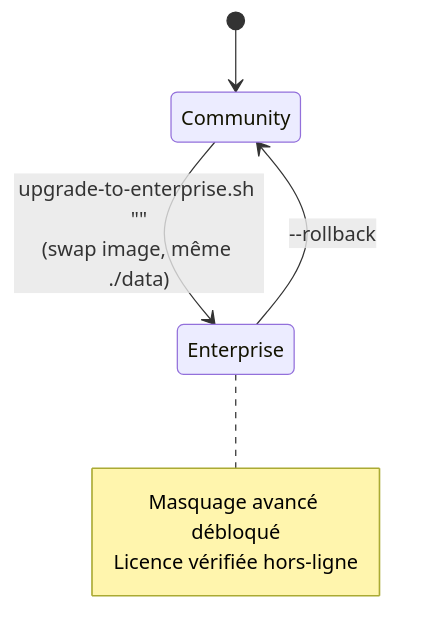
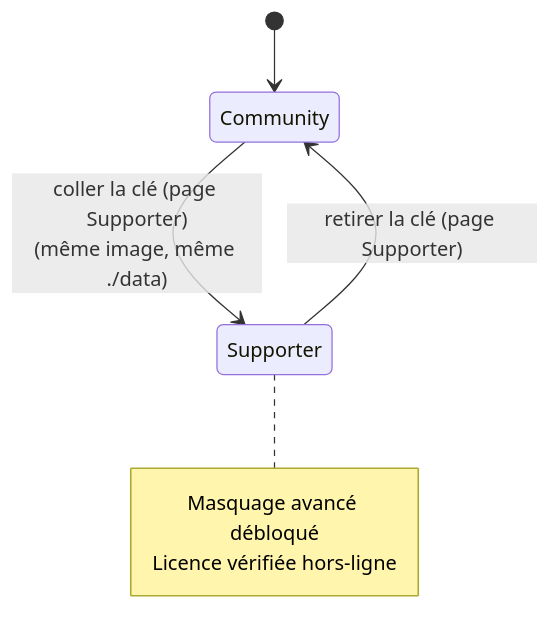
One commit to WicaebethTheo/itsm-modern-ai changed the seventh of 7 diagrams in docs/guide-fonctionnement.md. Above: the diagram before and after it, drawn with Mermaid. The commit also changed other lines of this file and 48 other files, not shown here.

````diff
--- a/docs/guide-fonctionnement.md
+++ b/docs/guide-fonctionnement.md
@@ -223,10 +216,10 @@
 ```mermaid
 stateDiagram-v2
     [*] --> Community
-    Community --> Enterprise: upgrade-to-enterprise.sh "<clé>"<br/>(swap image, même ./data)
-    Enterprise --> Community: --rollback
-    note right of Enterprise
+    Community --> Supporter: coller la clé (page Supporter)<br/>(même image, même ./data)
+    Supporter --> Community: retirer la clé (page Supporter)
+    note right of Supporter
         Masquage avancé débloqué
         Licence vérifiée hors-ligne
     end note
 ```
````
